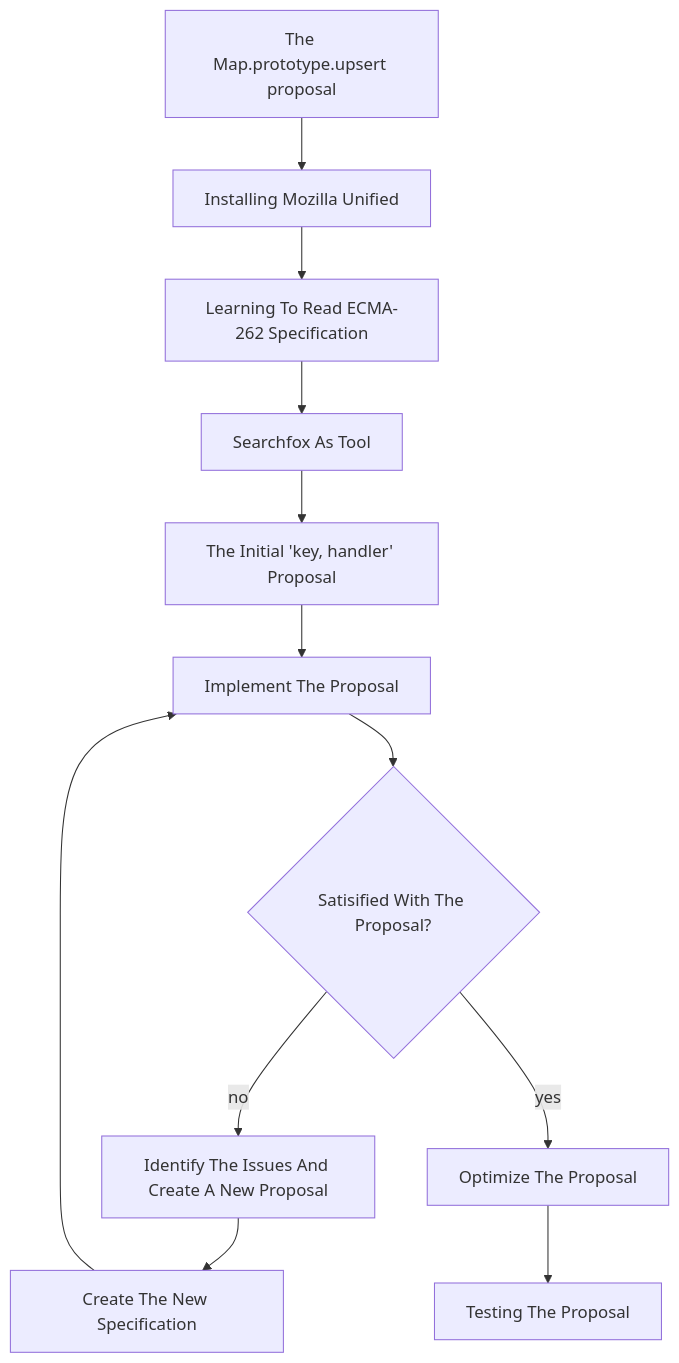
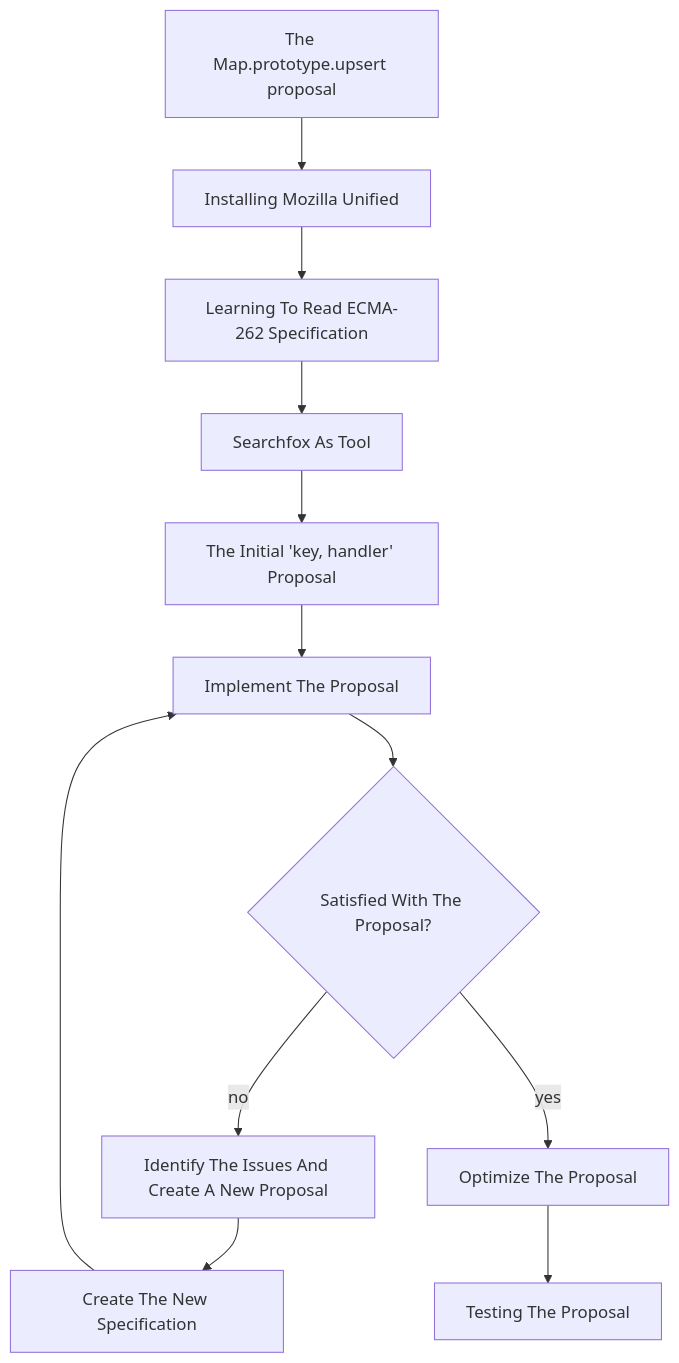
One commit to bldl/emplace-spidermonkey changed the diagram in README.md. Above: the diagram before and after it, drawn with Mermaid. The commit also changed other lines of this file, not shown here.

````diff
--- a/README.md
+++ b/README.md
@@ -29,14 +29,14 @@
 ```mermaid
 flowchart TD
   A[The Map.prototype.upsert proposal] --> B[Installing Mozilla Unified];
   B --> C[Learning To Read ECMA-262 Specification];
   C --> D[Searchfox As Tool];
   D --> E[The Initial 'key, handler' Proposal];
   E --> F[Implement The Proposal];
-  F --> G{Satisified With The Proposal?};
+  F --> G{Satisfied With The Proposal?};
   G --> |no| H[Identify The Issues And Create A New Proposal];
   H --> I[Create The New Specification];
   I --> F;
   G --> |yes| J[Optimize The Proposal];
   J --> K[Testing The Proposal];
 ```
````
